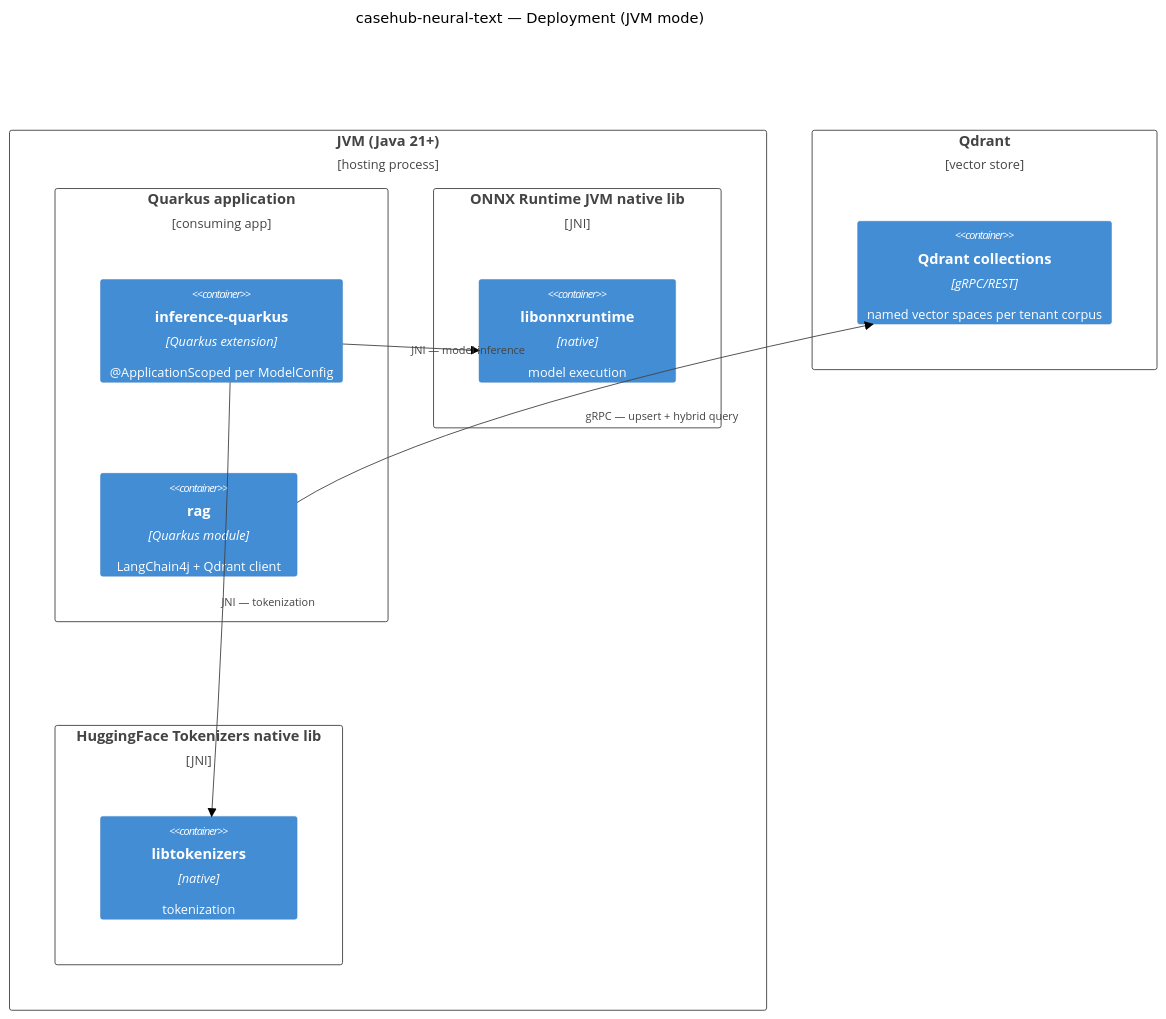
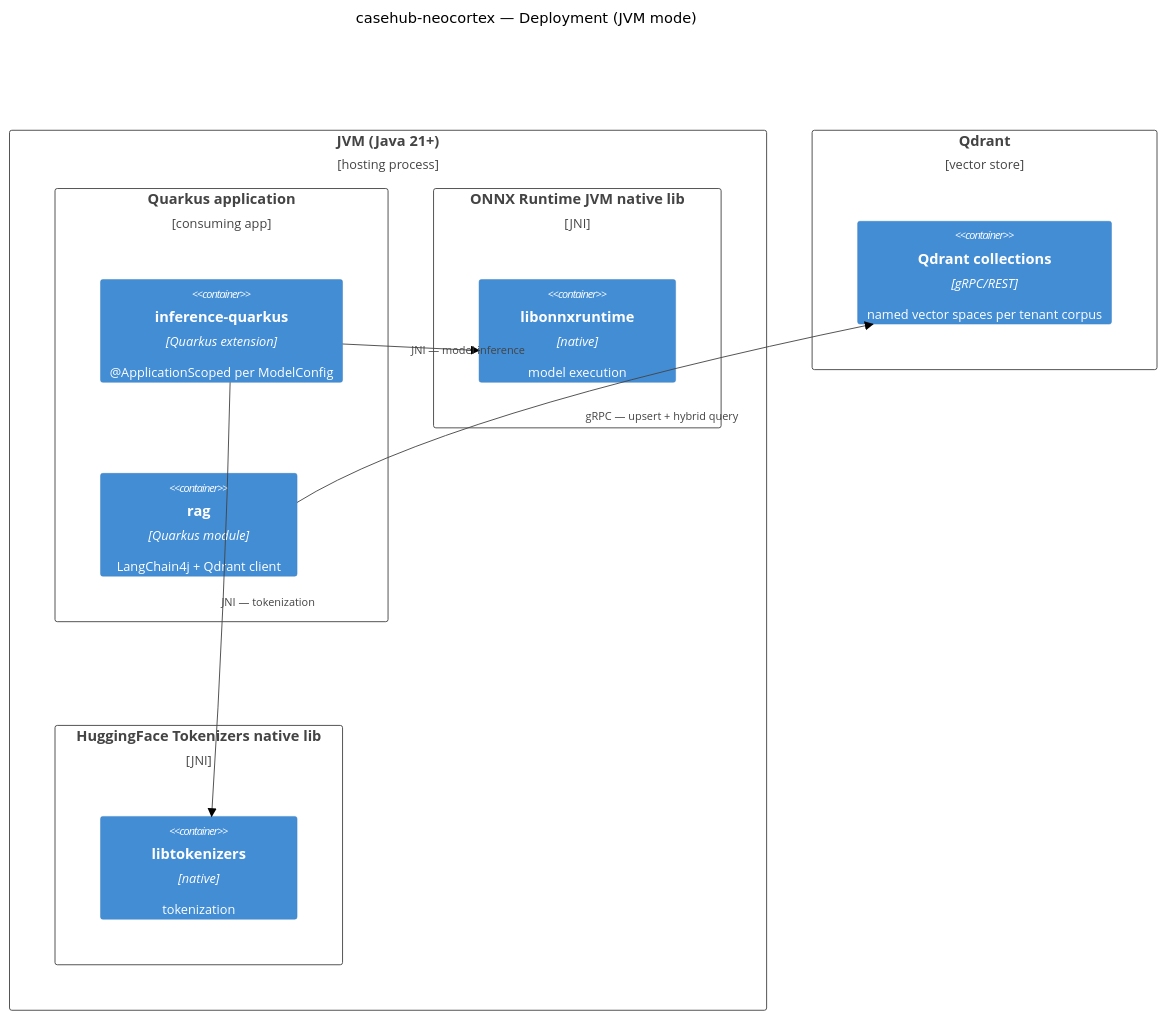
The fifth of 6 diagrams in ARC42STORIES.MD (mdproctor/neocortex), drawn with Mermaid (forest theme) before and after one commit. The commit also changed other lines of this file and 703 other files, not shown here.

First line of the commit message:
refactor(#57): rename neural-text → neocortex + migrate memory backends (#56, #58, #59)

````diff
--- a/ARC42STORIES.MD
+++ b/ARC42STORIES.MD
@@ -285,25 +285,25 @@
 ```mermaid
 C4Deployment
-  title casehub-neural-text — Deployment (JVM mode)
+  title casehub-neocortex — Deployment (JVM mode)
 
   Deployment_Node(jvm, "JVM (Java 21+)", "hosting process") {
     Deployment_Node(quarkus, "Quarkus application", "consuming app") {
       Container(inference_quarkus, "inference-quarkus", "Quarkus extension", "@ApplicationScoped per ModelConfig")
       Container(rag, "rag", "Quarkus module", "LangChain4j + Qdrant client")
     }
     Deployment_Node(onnx_rt, "ONNX Runtime JVM native lib", "JNI") {
       Container(ort, "libonnxruntime", "native", "model execution")
     }
     Deployment_Node(hf_rt, "HuggingFace Tokenizers native lib", "JNI") {
       Container(hft, "libtokenizers", "native", "tokenization")
     }
   }
 
   Deployment_Node(qdrant_server, "Qdrant", "vector store") {
     Container(qdrant_db, "Qdrant collections", "gRPC/REST", "named vector spaces per tenant corpus")
   }
 
   Rel(inference_quarkus, ort, "JNI — model inference")
   Rel(inference_quarkus, hft, "JNI — tokenization")
   Rel(rag, qdrant_db, "gRPC — upsert + hybrid query")
 ```
````
